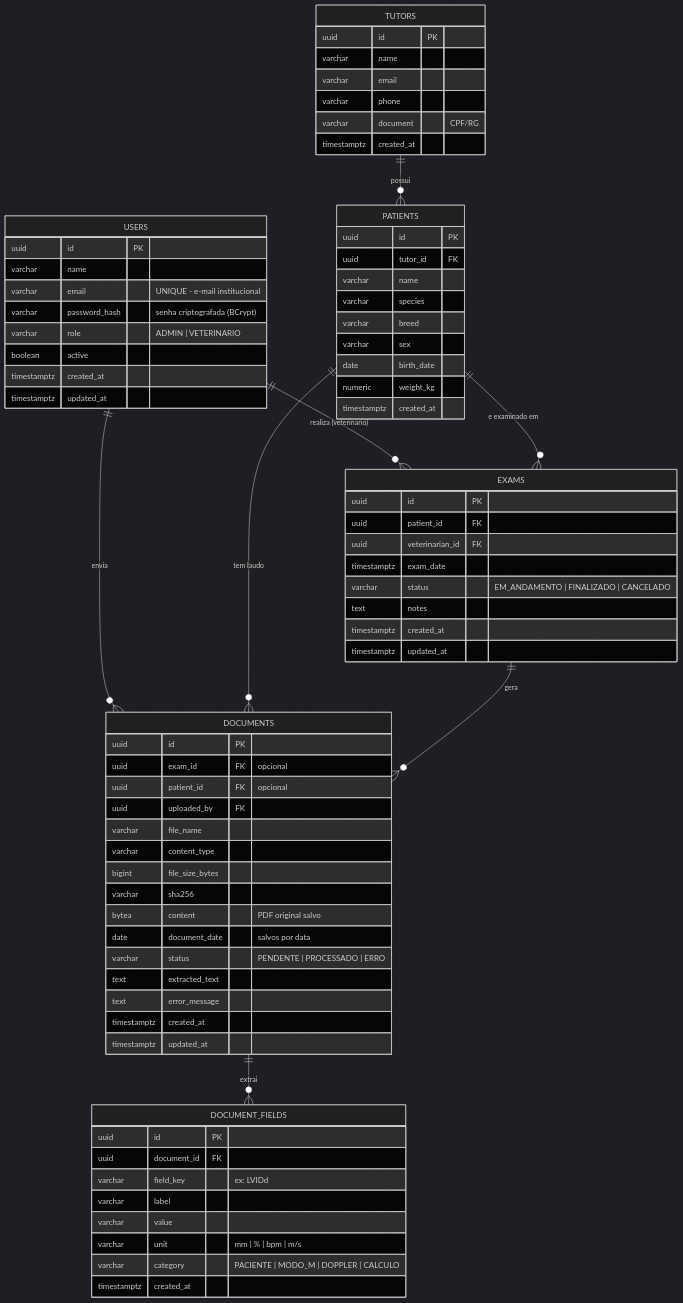
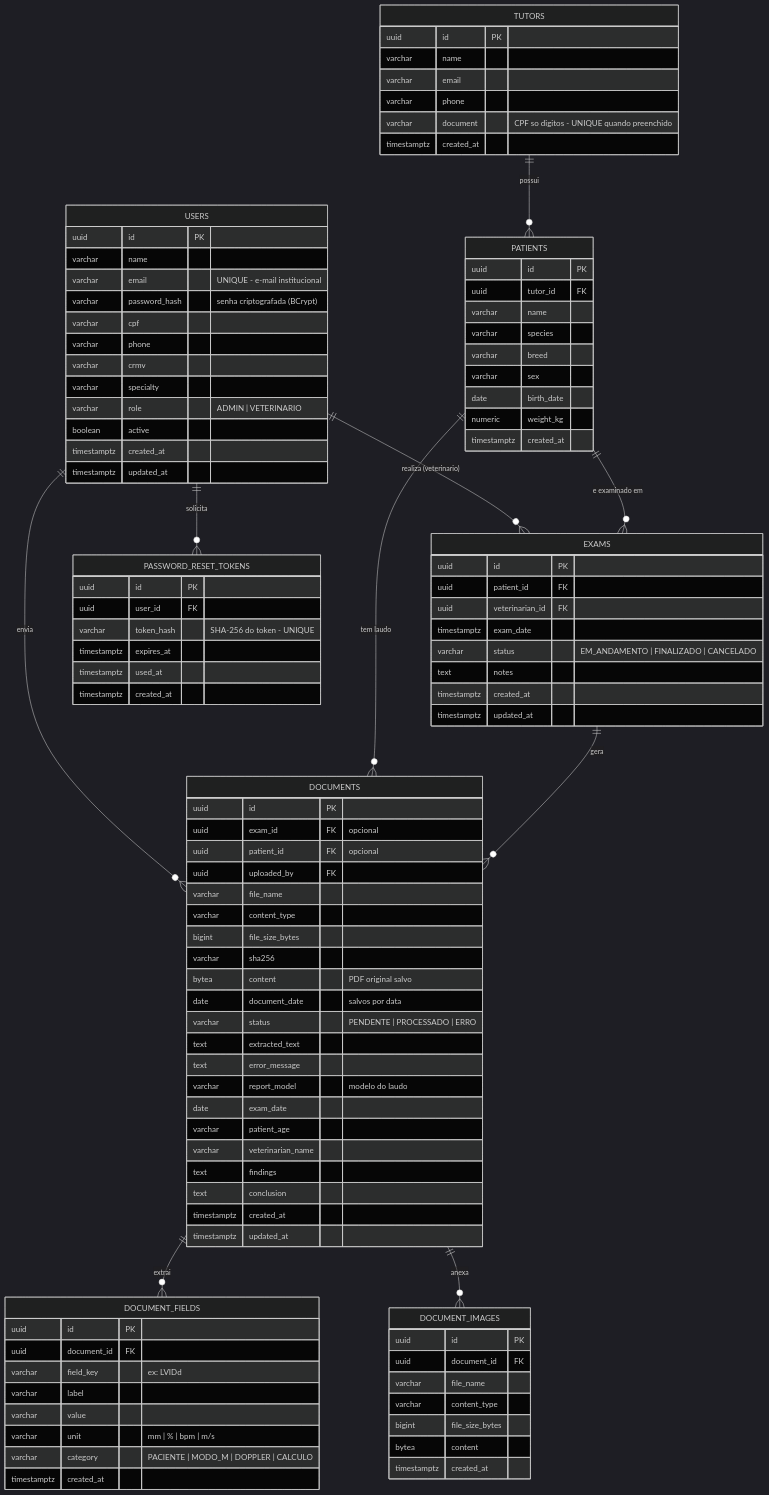
The diagram in docs/MER.md (UniceplacStartup/CardioVet), drawn with Mermaid (dark theme) before and after one commit. The commit also changed other lines of this file and 1 other file, not shown here.

Commit message:
docs: atualiza MER e instrucoes de execucao

````diff
--- a/docs/MER.md
+++ b/docs/MER.md
@@ -16,12 +16,18 @@
     PATIENTS ||--o{ DOCUMENTS : "tem laudo"
     EXAMS ||--o{ DOCUMENTS : "gera"
     DOCUMENTS ||--o{ DOCUMENT_FIELDS : "extrai"
+    DOCUMENTS ||--o{ DOCUMENT_IMAGES : "anexa"
+    USERS ||--o{ PASSWORD_RESET_TOKENS : "solicita"
 
     USERS {
         uuid        id PK
         varchar     name
         varchar     email "UNIQUE - e-mail institucional"
         varchar     password_hash "senha criptografada (BCrypt)"
+        varchar     cpf
+        varchar     phone
+        varchar     crmv
+        varchar     specialty
         varchar     role "ADMIN | VETERINARIO"
         boolean     active
         timestamptz created_at
@@ -33,7 +39,7 @@
         varchar     name
         varchar     email
         varchar     phone
-        varchar     document "CPF/RG"
+        varchar     document "CPF so digitos - UNIQUE quando preenchido"
         timestamptz created_at
     }
 
@@ -74,6 +80,12 @@
         varchar     status "PENDENTE | PROCESSADO | ERRO"
         text        extracted_text
         text        error_message
+        varchar     report_model "modelo do laudo"
+        date        exam_date
+        varchar     patient_age
+        varchar     veterinarian_name
+        text        findings
+        text        conclusion
         timestamptz created_at
         timestamptz updated_at
     }
@@ -88,4 +100,23 @@
         varchar     category "PACIENTE | MODO_M | DOPPLER | CALCULO"
         timestamptz created_at
     }
+
+    DOCUMENT_IMAGES {
+        uuid        id PK
+        uuid        document_id FK
+        varchar     file_name
+        varchar     content_type
+        bigint      file_size_bytes
+        bytea       content
+        timestamptz created_at
+    }
+
+    PASSWORD_RESET_TOKENS {
+        uuid        id PK
+        uuid        user_id FK
+        varchar     token_hash "SHA-256 do token - UNIQUE"
+        timestamptz expires_at
+        timestamptz used_at
+        timestamptz created_at
+    }
 ```
````
